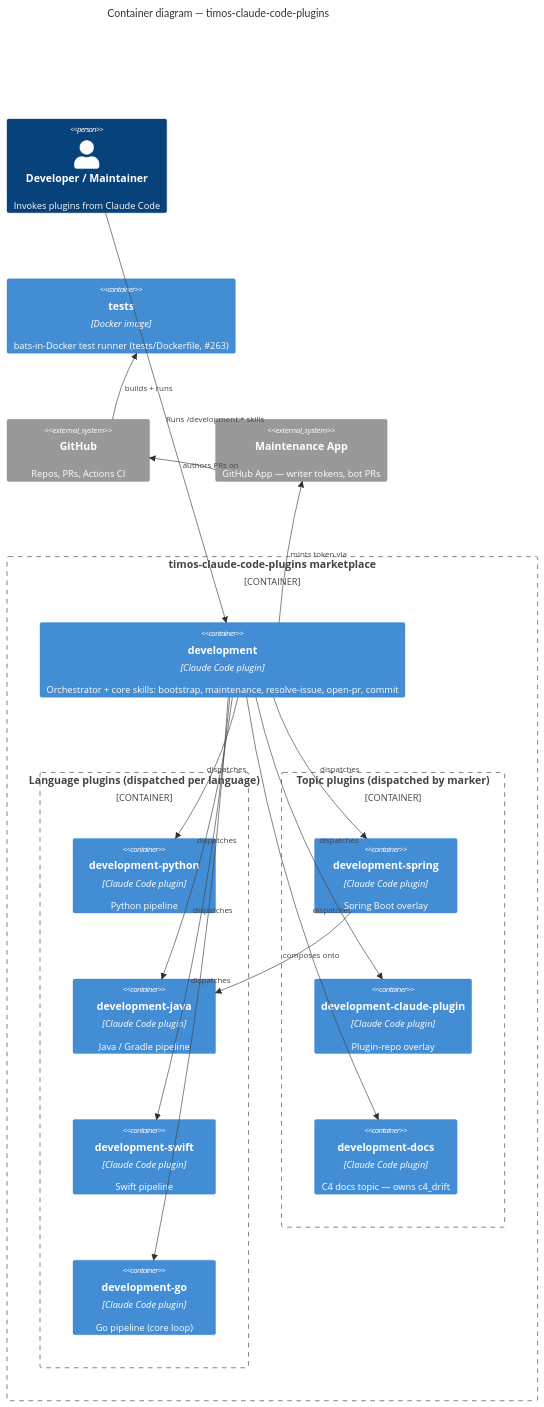
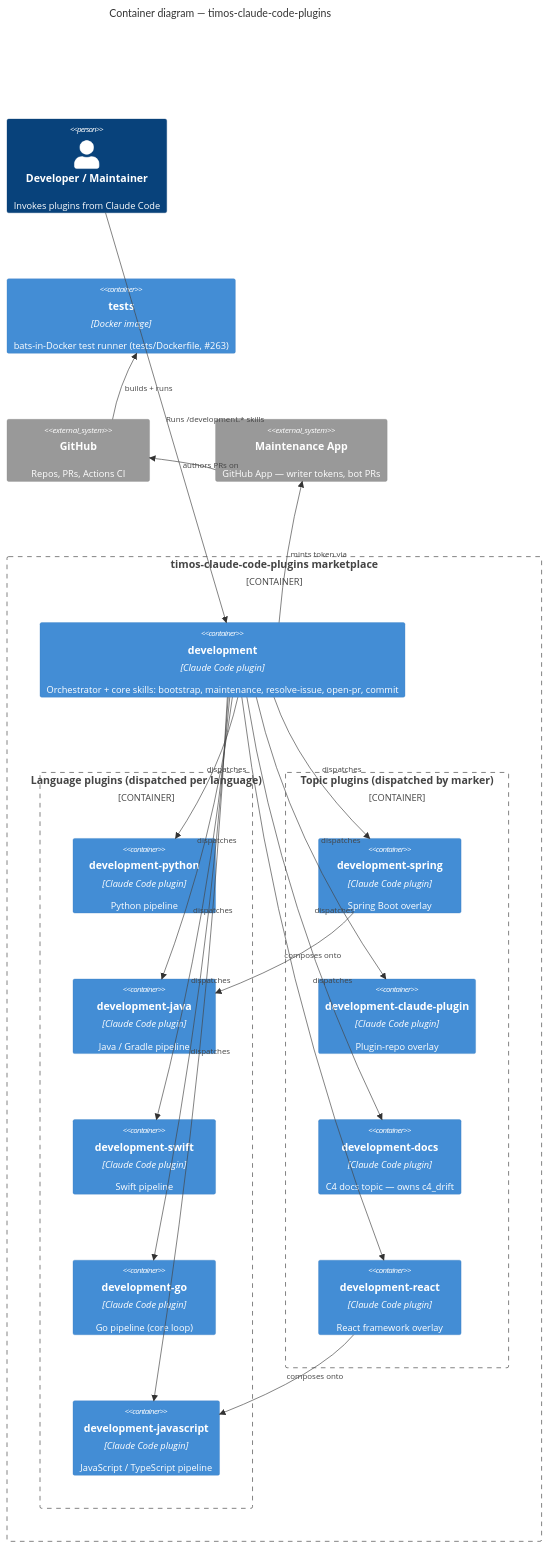
The diagram in docs/architecture/c4-container.md (timo-jakob/timos-claude-code-plugins), drawn with Mermaid before and after one commit. The commit also changed other lines of this file and 14 other files, not shown here.

````diff
--- a/docs/architecture/c4-container.md
+++ b/docs/architecture/c4-container.md
@@ -31,43 +31,48 @@
 ```mermaid
 C4Container
     title Container diagram — timos-claude-code-plugins
 
     Person(developer, "Developer / Maintainer", "Invokes plugins from Claude Code")
 
     Container_Boundary(marketplace, "timos-claude-code-plugins marketplace") {
         Container(development, "development", "Claude Code plugin", "Orchestrator + core skills: bootstrap, maintenance, resolve-issue, open-pr, commit")
 
         Container_Boundary(langs, "Language plugins (dispatched per language)") {
             Container(development-python, "development-python", "Claude Code plugin", "Python pipeline")
             Container(development-java, "development-java", "Claude Code plugin", "Java / Gradle pipeline")
             Container(development-swift, "development-swift", "Claude Code plugin", "Swift pipeline")
             Container(development-go, "development-go", "Claude Code plugin", "Go pipeline (core loop)")
+            Container(development-javascript, "development-javascript", "Claude Code plugin", "JavaScript / TypeScript pipeline")
         }
 
         Container_Boundary(topics, "Topic plugins (dispatched by marker)") {
             Container(development-spring, "development-spring", "Claude Code plugin", "Spring Boot overlay")
             Container(development-claude-plugin, "development-claude-plugin", "Claude Code plugin", "Plugin-repo overlay")
             Container(development-docs, "development-docs", "Claude Code plugin", "C4 docs topic — owns c4_drift")
+            Container(development-react, "development-react", "Claude Code plugin", "React framework overlay")
         }
     }
 
     Container(tests, "tests", "Docker image", "bats-in-Docker test runner (tests/Dockerfile, #263)")
 
     System_Ext(github, "GitHub", "Repos, PRs, Actions CI")
     System_Ext(maint_app, "Maintenance App", "GitHub App — writer tokens, bot PRs")
 
     Rel(developer, development, "Runs /development:* skills")
     Rel(development, development-python, "dispatches")
     Rel(development, development-java, "dispatches")
     Rel(development, development-swift, "dispatches")
     Rel(development, development-go, "dispatches")
+    Rel(development, development-javascript, "dispatches")
     Rel(development, development-spring, "dispatches")
     Rel(development, development-claude-plugin, "dispatches")
     Rel(development, development-docs, "dispatches")
+    Rel(development, development-react, "dispatches")
     Rel(development-spring, development-java, "composes onto")
+    Rel(development-react, development-javascript, "composes onto")
     Rel(development, maint_app, "mints token via")
     Rel(maint_app, github, "authors PRs on")
     Rel(github, tests, "builds + runs")
 
     UpdateLayoutConfig($c4ShapeInRow="2", $c4BoundaryInRow="2")
 ```
````
